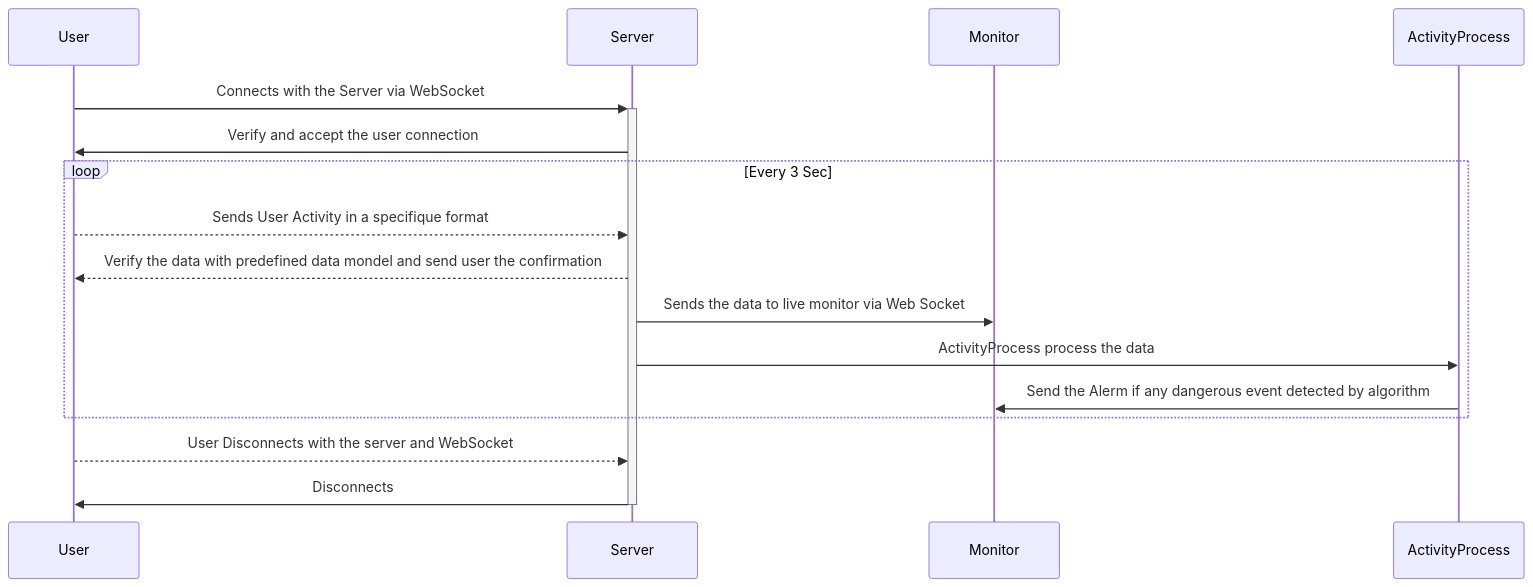
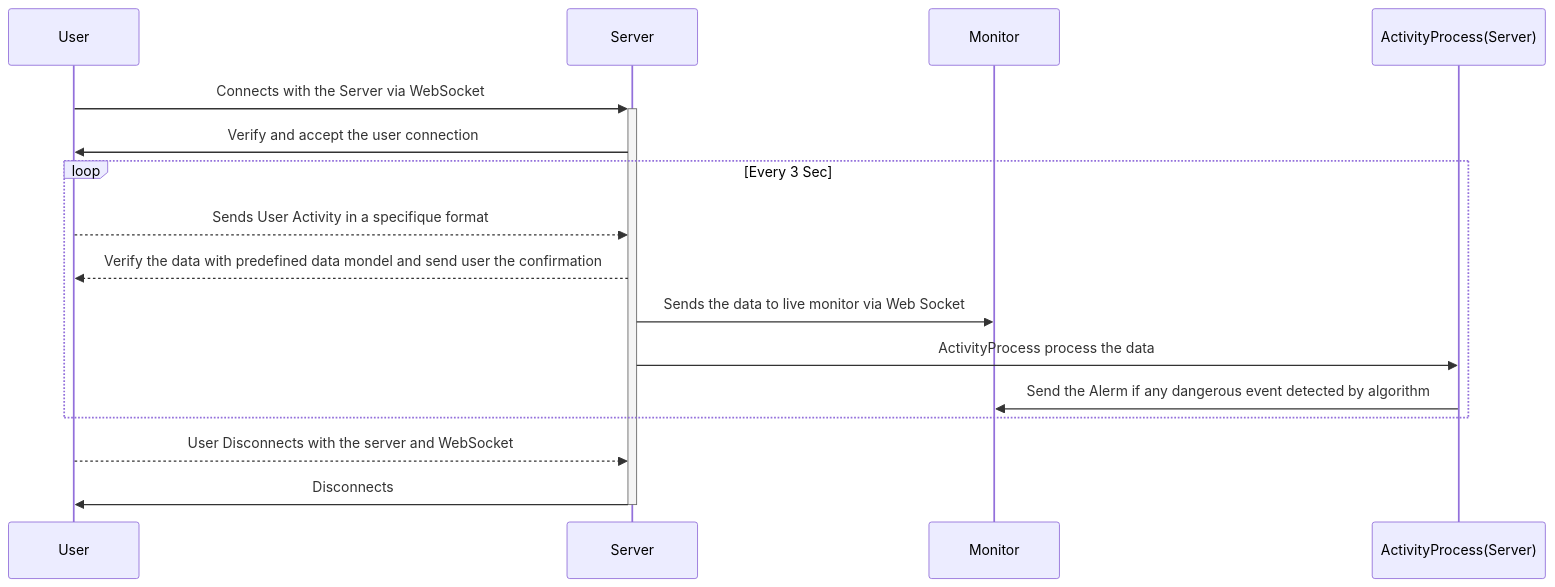
One commit to nuruddinsayeed/sports_monitor changed the diagram in ProjectArchitecture/Sequence_Diagram.md. Above: the diagram before and after it, drawn with Mermaid. The commit also changed 1 other file, not shown here.

Commit message:
Overall Project arch added

````diff
--- a/ProjectArchitecture/Sequence_Diagram.md
+++ b/ProjectArchitecture/Sequence_Diagram.md
@@ -5,15 +5,15 @@
 ```mermaid
 sequenceDiagram
     User->>+Server: Connects with the Server via WebSocket
     Server->>User: Verify and accept the user connection
     loop Every 3 Sec
         User-->>Server: Sends User Activity in a specifique format
         Server-->>User: Verify the data with predefined data mondel and send user the confirmation
         Server->>Monitor: Sends the data to live monitor via Web Socket
-        Server->>ActivityProcess: ActivityProcess process the data
-        ActivityProcess->>Monitor: Send the Alerm if any dangerous event detected by algorithm
+        Server->>ActivityProcess(Server): ActivityProcess process the data
+        ActivityProcess(Server)->>Monitor: Send the Alerm if any dangerous event detected by algorithm
     end
 
     User-->>Server: User Disconnects with the server and WebSocket
     Server->>-User: Disconnects
 ```
````
